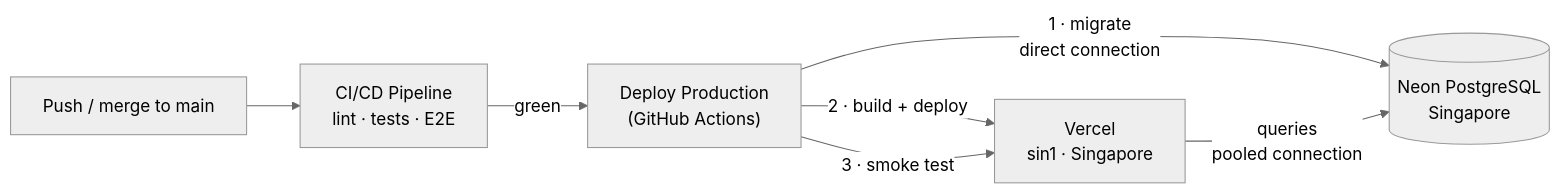
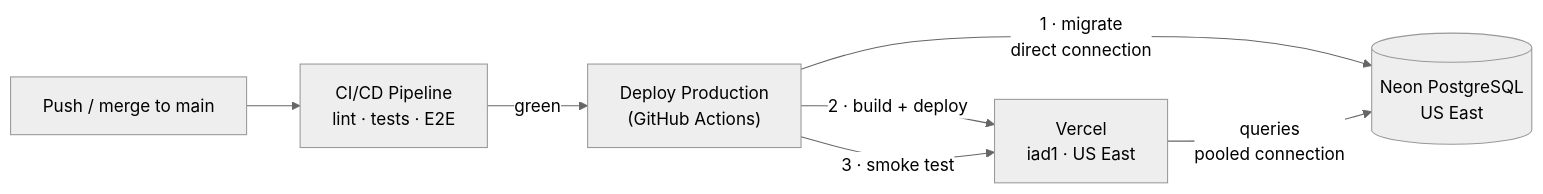
One commit to NadeeshaMedagama/apparelflow-gatekeeper changed the diagram in docs/deployment.md. Above: the diagram before and after it, drawn with Mermaid (neutral theme). The commit also changed other lines of this file, not shown here.

Commit message:
update deployment documentation to reflect changes in Vercel and Neon regions from Singapore to US East

````diff
--- a/docs/deployment.md
+++ b/docs/deployment.md
@@ -24,9 +24,9 @@
 ```mermaid
 flowchart LR
   MAIN["Push / merge to main"] --> CI["CI/CD Pipeline<br/>lint · tests · E2E"]
   CI -- "green" --> DEP["Deploy Production<br/>(GitHub Actions)"]
-  DEP -- "1 · migrate<br/>direct connection" --> NEON[("Neon PostgreSQL<br/>Singapore")]
-  DEP -- "2 · build + deploy" --> APP["Vercel<br/>sin1 · Singapore"]
+  DEP -- "1 · migrate<br/>direct connection" --> NEON[("Neon PostgreSQL<br/>US East")]
+  DEP -- "2 · build + deploy" --> APP["Vercel<br/>iad1 · US East"]
   APP -- "queries<br/>pooled connection" --> NEON
   DEP -- "3 · smoke test" --> APP
 ```
````
